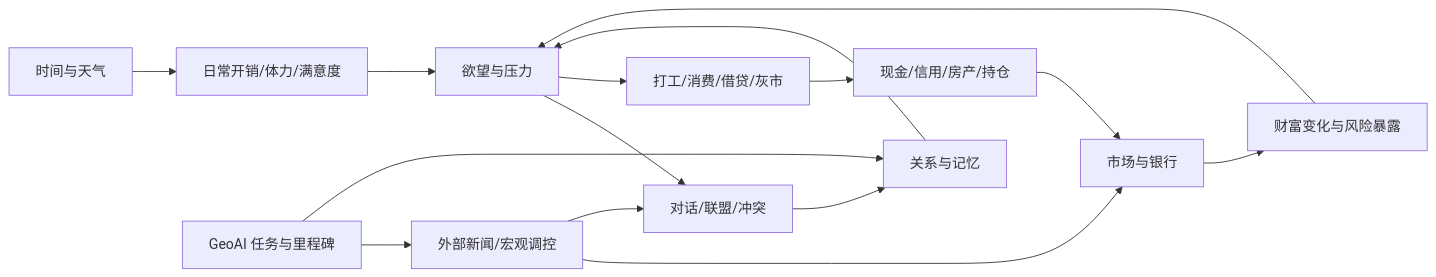
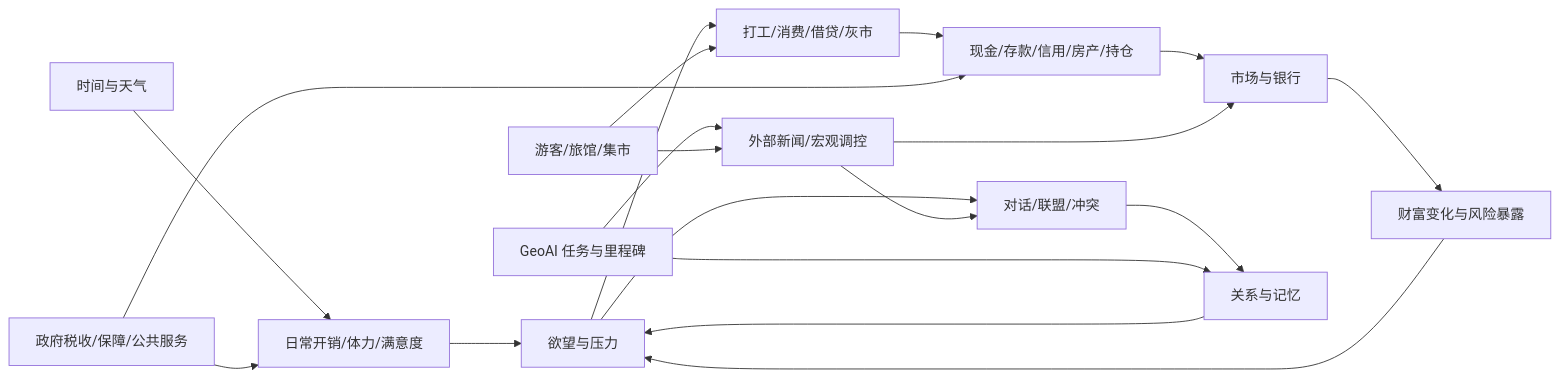
Before and after one commit to whuyao/PixelLab: the diagram in docs/undergrad_system_explainer.md, drawn with Mermaid. The commit also changed other lines of this file and 11 other files, not shown here.

````diff
--- a/docs/undergrad_system_explainer.md
+++ b/docs/undergrad_system_explainer.md
@@ -340,17 +377,21 @@
 ```mermaid
 flowchart LR
     A["时间与天气"] --> B["日常开销/体力/满意度"]
     B --> C["欲望与压力"]
     C --> D["对话/联盟/冲突"]
     C --> E["打工/消费/借贷/灰市"]
-    E --> F["现金/信用/房产/持仓"]
+    E --> F["现金/存款/信用/房产/持仓"]
     F --> G["市场与银行"]
     G --> H["财富变化与风险暴露"]
     H --> C
     D --> I["关系与记忆"]
     I --> C
     J["外部新闻/宏观调控"] --> G
     J --> D
     K["GeoAI 任务与里程碑"] --> J
     K --> I
+    L["政府税收/保障/公共服务"] --> B
+    L --> F
+    M["游客/旅馆/集市"] --> E
+    M --> J
 ```
````
